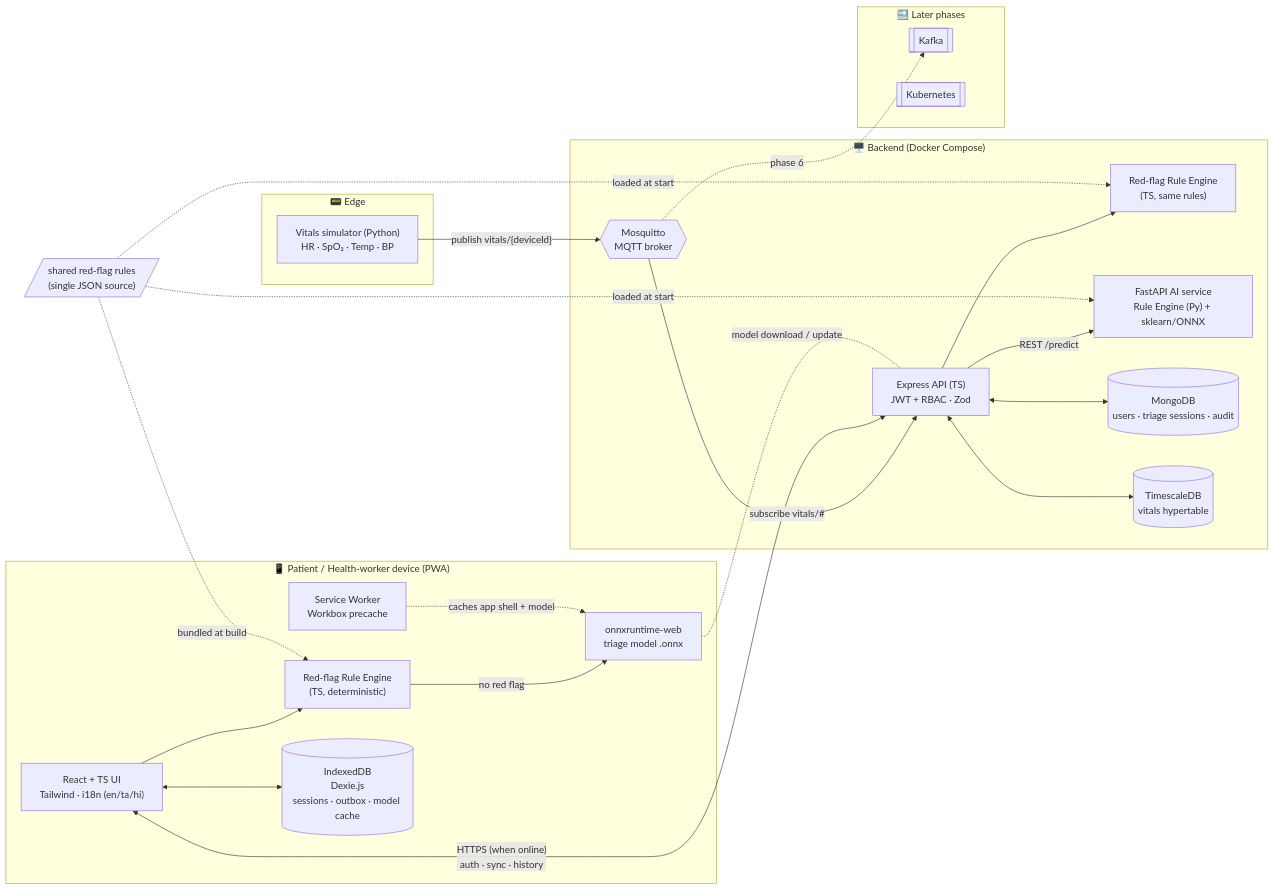
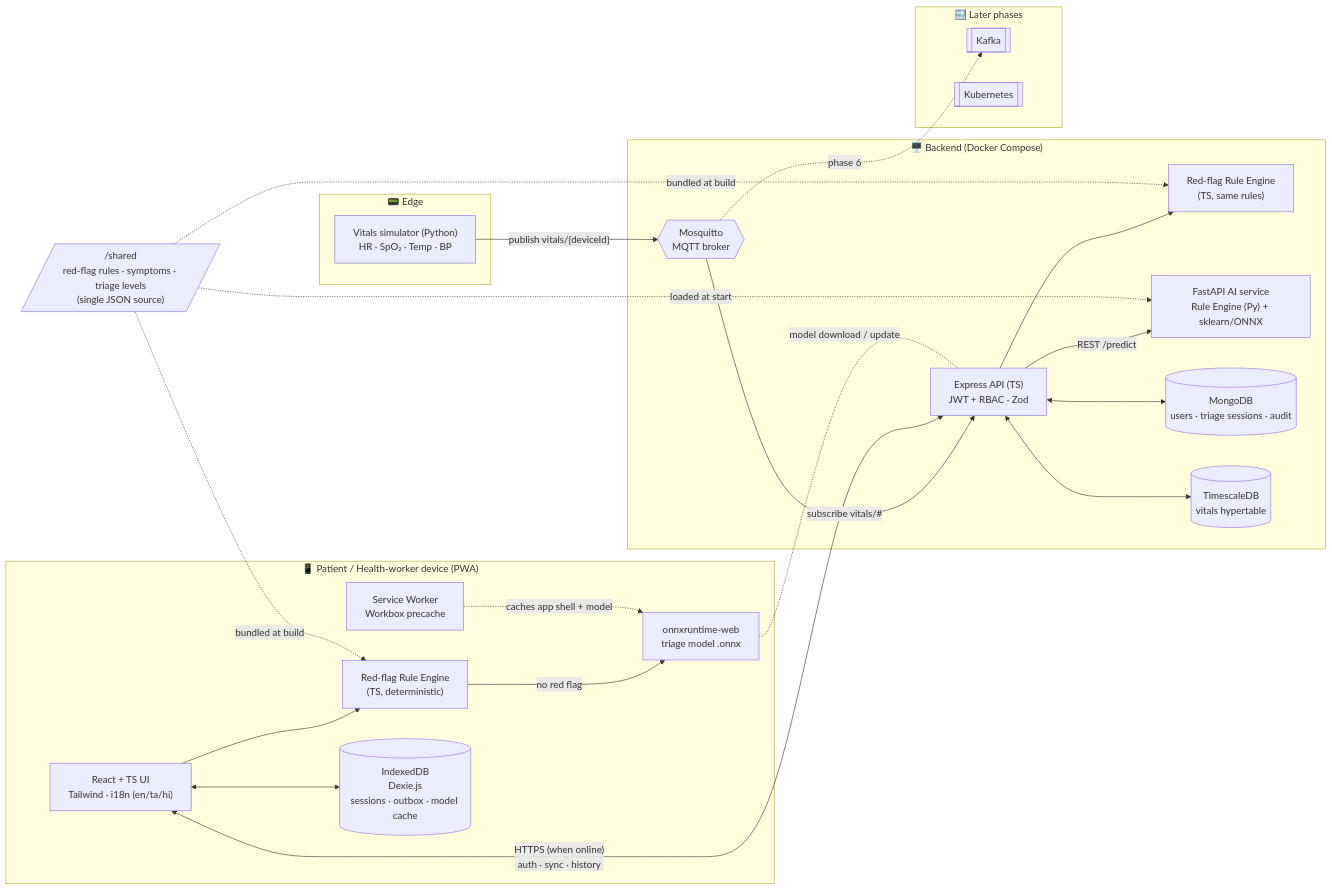
The first of 4 diagrams in docs/ARCHITECTURE.md (Abhinav-0511/RuralCare), drawn with Mermaid before and after one commit. The commit also changed other lines of this file and 59 other files, not shown here.

First line of the commit message:
Phase 1: shared red-flag engine + foundations

````diff
--- a/docs/ARCHITECTURE.md
+++ b/docs/ARCHITECTURE.md
@@ -5,47 +5,47 @@
 ```mermaid
 flowchart LR
     subgraph Device["📱 Patient / Health-worker device (PWA)"]
         UI["React + TS UI<br/>Tailwind · i18n (en/ta/hi)"]
         SW["Service Worker<br/>Workbox precache"]
         RE_C["Red-flag Rule Engine<br/>(TS, deterministic)"]
         ONNX_C["onnxruntime-web<br/>triage model .onnx"]
         DEX[("IndexedDB<br/>Dexie.js<br/>sessions · outbox · model cache")]
         UI --> RE_C
         RE_C -- "no red flag" --> ONNX_C
         UI <--> DEX
         SW -. "caches app shell + model" .-> ONNX_C
     end
 
     subgraph Backend["🖥️ Backend (Docker Compose)"]
         API["Express API (TS)<br/>JWT + RBAC · Zod"]
         RE_S["Red-flag Rule Engine<br/>(TS, same rules)"]
         AI["FastAPI AI service<br/>Rule Engine (Py) + sklearn/ONNX"]
         MONGO[("MongoDB<br/>users · triage sessions · audit")]
         TSDB[("TimescaleDB<br/>vitals hypertable")]
         MQTT{{"Mosquitto<br/>MQTT broker"}}
         API --> RE_S
         API -- "REST /predict" --> AI
         API <--> MONGO
         API <--> TSDB
         MQTT -- "subscribe vitals/#" --> API
     end
 
     subgraph Edge["📟 Edge"]
         SIM["Vitals simulator (Python)<br/>HR · SpO₂ · Temp · BP"]
     end
 
-    RULES[/"shared red-flag rules<br/>(single JSON source)"/]
+    RULES[/"/shared<br/>red-flag rules · symptoms · triage levels<br/>(single JSON source)"/]
     RULES -. "bundled at build" .-> RE_C
-    RULES -. "loaded at start" .-> RE_S
+    RULES -. "bundled at build" .-> RE_S
     RULES -. "loaded at start" .-> AI
 
     SIM -- "publish vitals/{deviceId}" --> MQTT
     UI <-- "HTTPS (when online)<br/>auth · sync · history" --> API
     ONNX_C -. "model download / update" .- API
 
     subgraph Later["🔜 Later phases"]
         KAFKA[["Kafka"]]
         K8S[["Kubernetes"]]
     end
     MQTT -. "phase 6" .-> KAFKA
 ```
````
